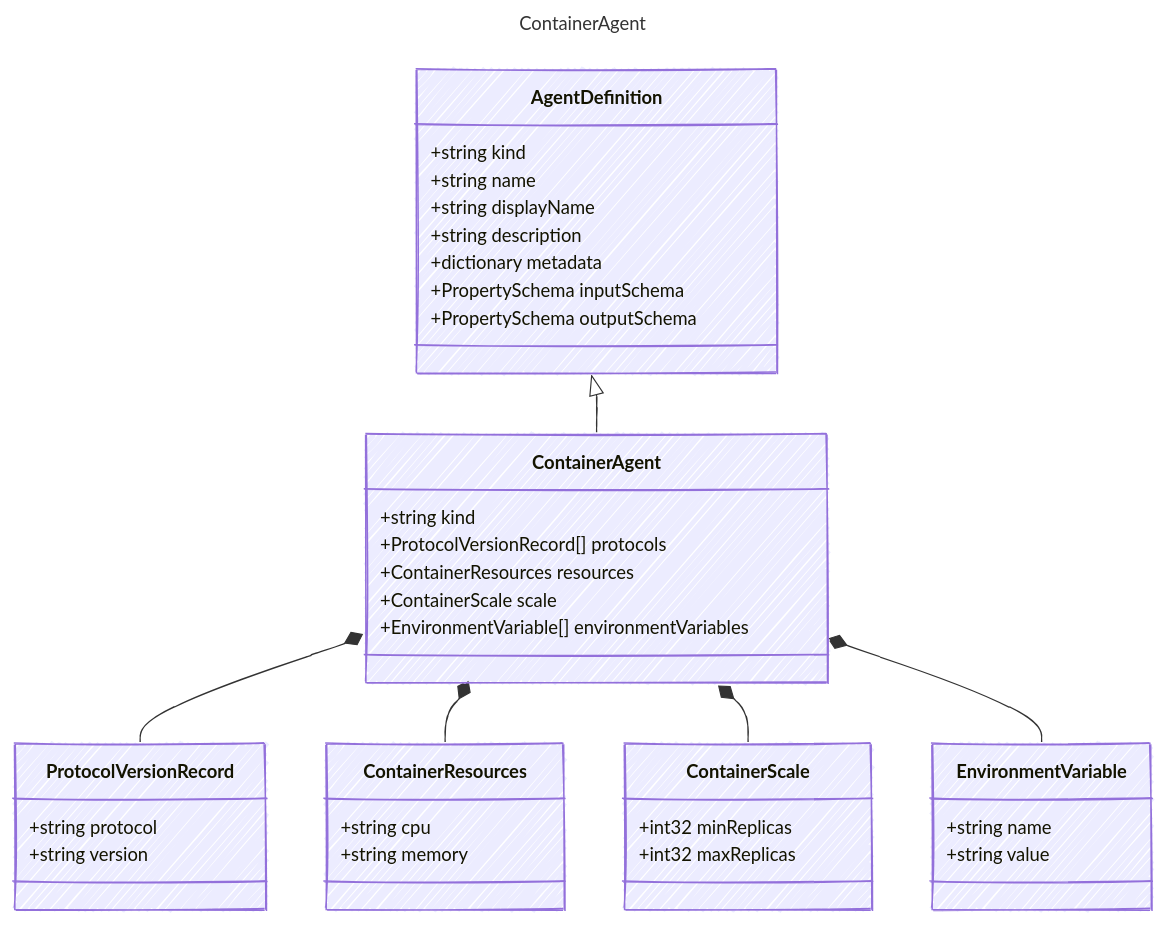
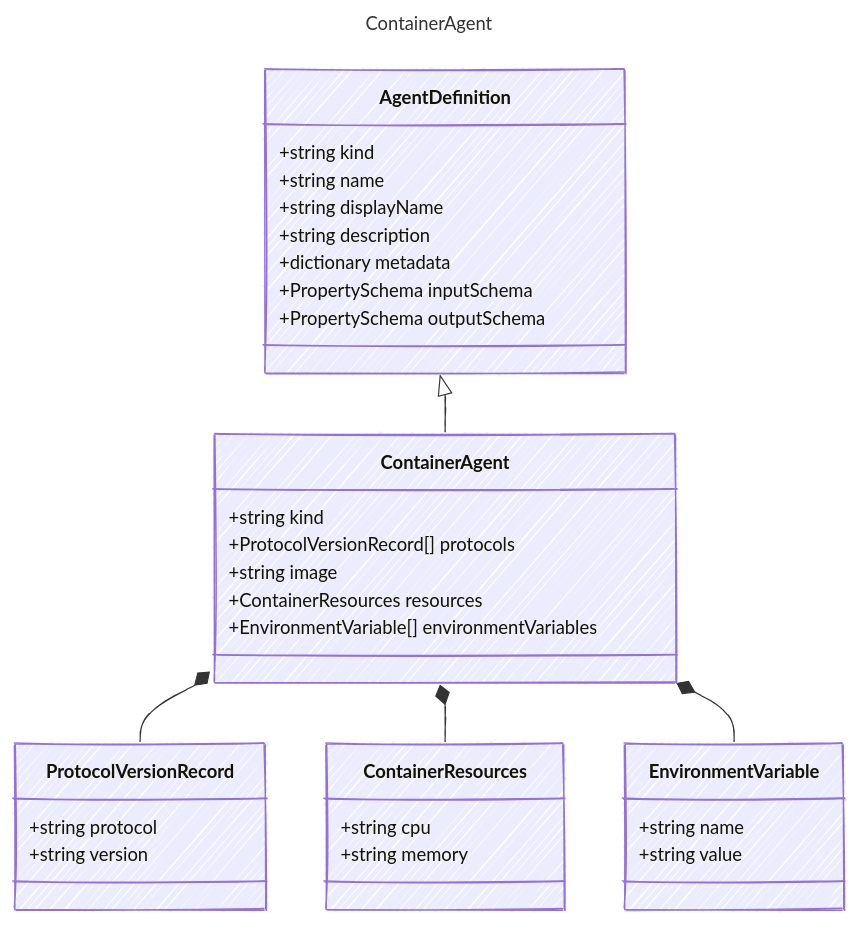
The diagram in docs/src/content/docs/reference/ContainerAgent.md (microsoft/AgentSchema), drawn with Mermaid before and after one commit. The commit also changed other lines of this file and 25 other files, not shown here.

First line of the commit message:
Refactor ContainerAgent schema: Remove scaling configuration and add image property

````diff
--- a/docs/src/content/docs/reference/ContainerAgent.md
+++ b/docs/src/content/docs/reference/ContainerAgent.md
@@ -13,49 +13,44 @@
 ```mermaid
 ---
 title: ContainerAgent
 config:
   look: handDrawn
   theme: colorful
   class:
     hideEmptyMembersBox: true
 ---
 classDiagram
     class AgentDefinition {
         +string kind
         +string name
         +string displayName
         +string description
         +dictionary metadata
         +PropertySchema inputSchema
         +PropertySchema outputSchema
     }
     AgentDefinition <|-- ContainerAgent
     class ContainerAgent {
       
         +string kind
         +ProtocolVersionRecord[] protocols
+        +string image
         +ContainerResources resources
-        +ContainerScale scale
         +EnvironmentVariable[] environmentVariables
     }
     class ProtocolVersionRecord {
         +string protocol
         +string version
     }
     ContainerAgent *-- ProtocolVersionRecord
     class ContainerResources {
         +string cpu
         +string memory
     }
     ContainerAgent *-- ContainerResources
-    class ContainerScale {
-        +int32 minReplicas
-        +int32 maxReplicas
-    }
-    ContainerAgent *-- ContainerScale
     class EnvironmentVariable {
         +string name
         +string value
     }
     ContainerAgent *-- EnvironmentVariable
 ```
````
